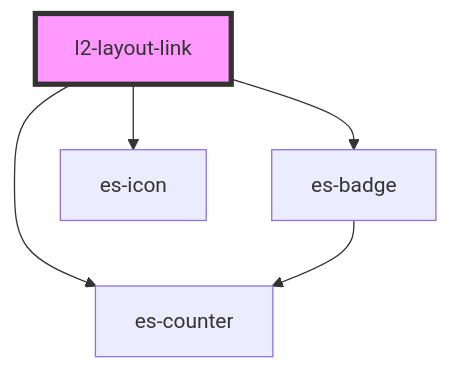
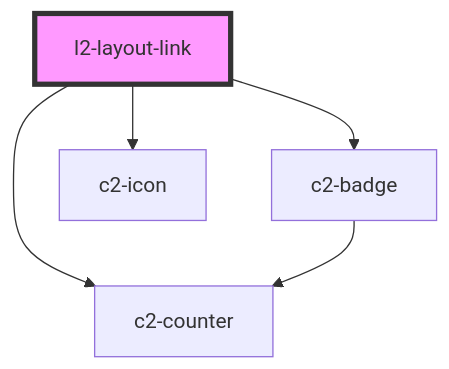
One commit to EventStore/Design-System changed the diagram in packages/layout/src/components/buttons/layout-link/readme.md. Above: the diagram before and after it, drawn with Mermaid. The commit also changed other lines of this file and 512 other files, not shown here.

````diff
--- a/packages/layout/src/components/buttons/layout-link/readme.md
+++ b/packages/layout/src/components/buttons/layout-link/readme.md
@@ -153,8 +153,8 @@
 ```mermaid
 graph TD;
-  l2-layout-link --> es-counter
-  l2-layout-link --> es-badge
-  l2-layout-link --> es-icon
-  es-badge --> es-counter
+  l2-layout-link --> c2-counter
+  l2-layout-link --> c2-badge
+  l2-layout-link --> c2-icon
+  c2-badge --> c2-counter
   style l2-layout-link fill:#f9f,stroke:#333,stroke-width:4px
 ```
````
